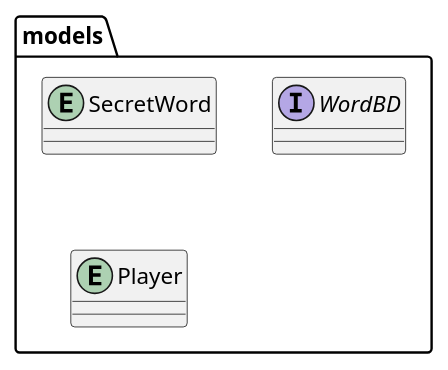
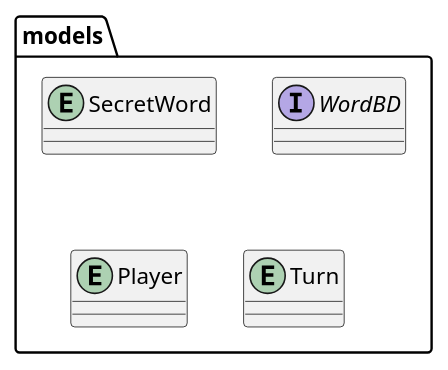
One commit to jumpering/Hanged changed the diagram in requirements/analysis/models.puml. Above: the diagram before and after it, drawn with PlantUML. The commit also changed 4 other files, not shown here.

```diff
--- a/requirements/analysis/models.puml
+++ b/requirements/analysis/models.puml
@@ -1,7 +1,8 @@
 @startuml
 package models{
 entity SecretWord
 interface WordBD
 entity Player
+entity Turn
 }
 @enduml
```
